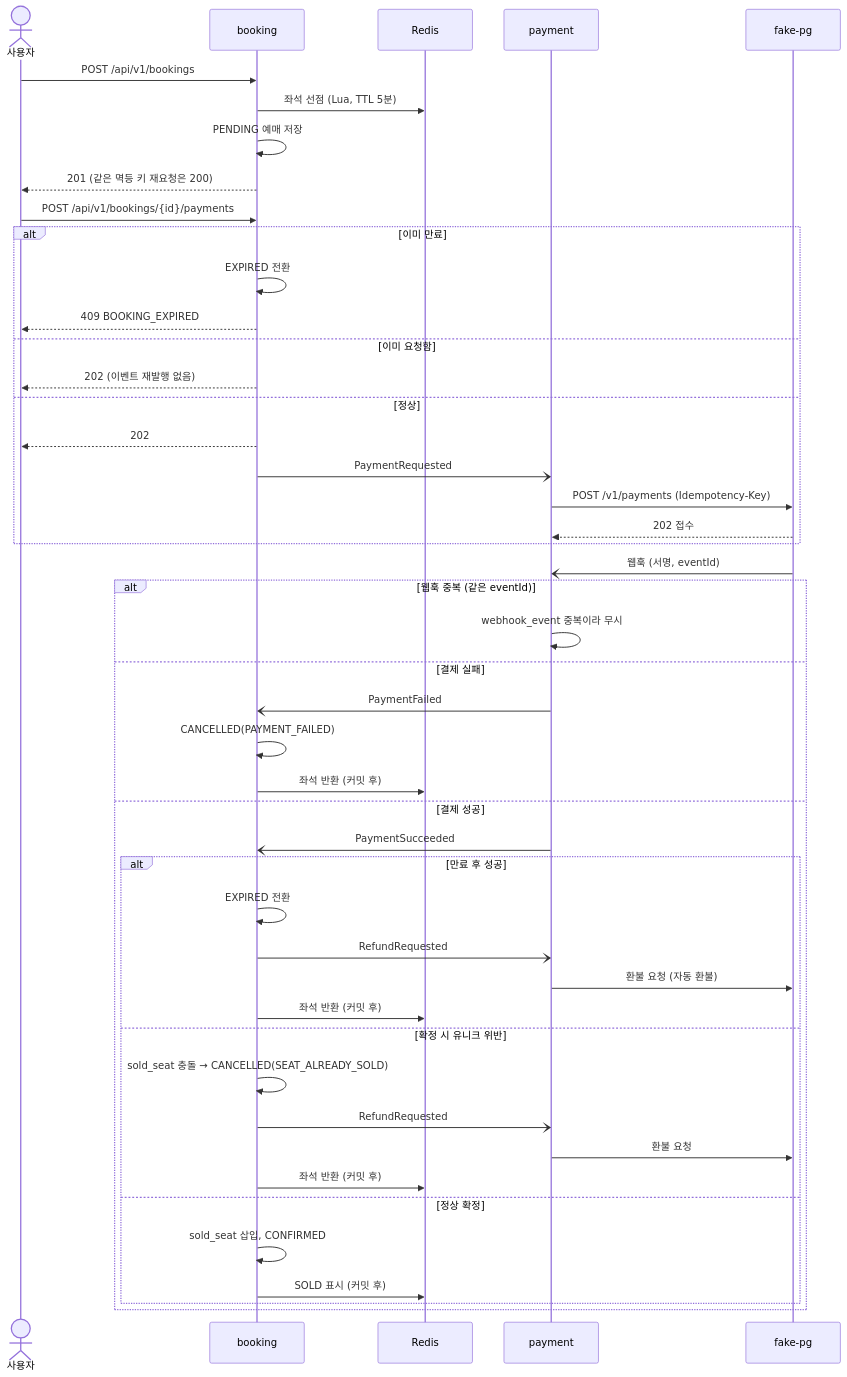
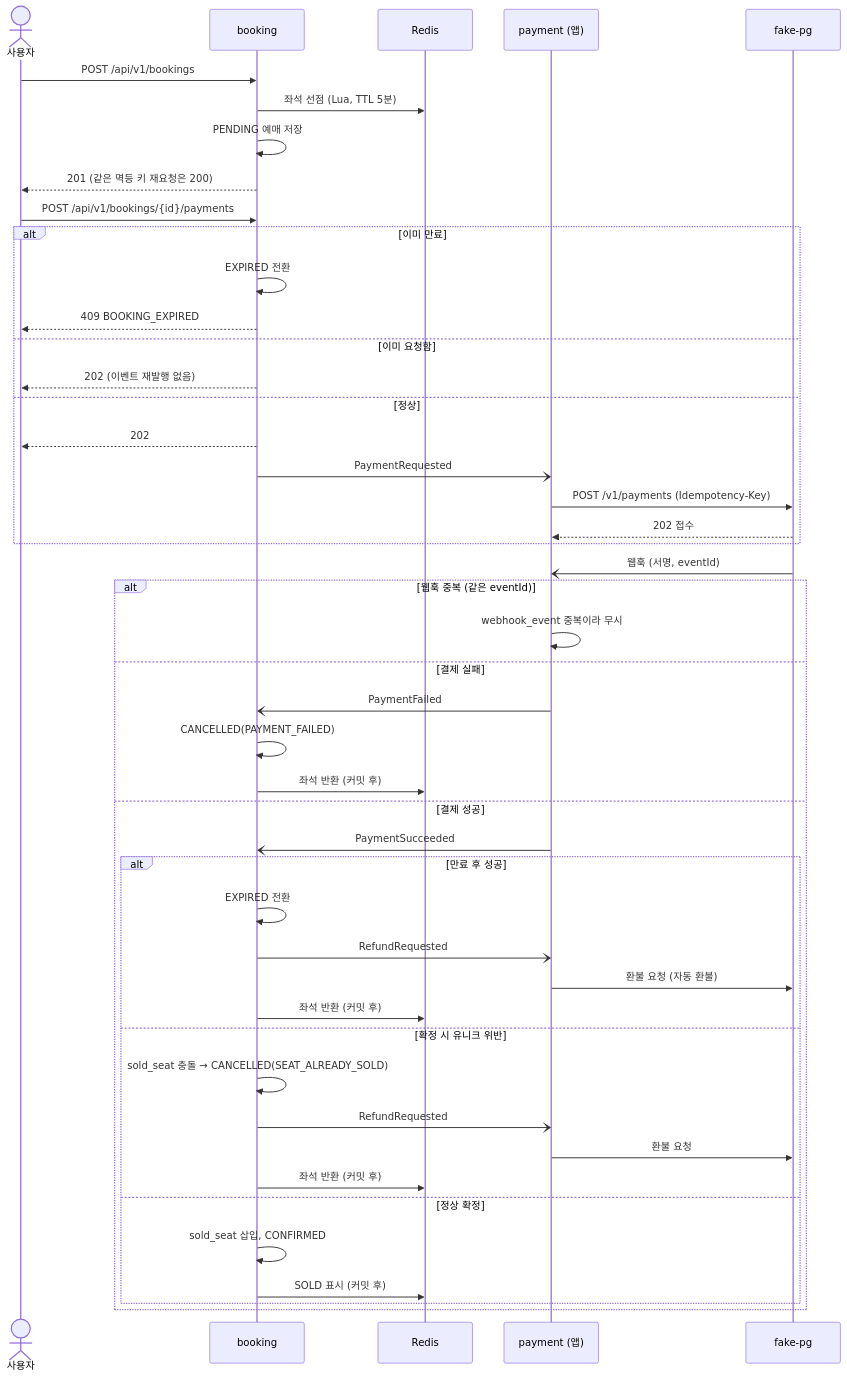
Before and after one commit to jkonury/ticketing: the first of 3 diagrams in docs/architecture/flows.md, drawn with Mermaid. The commit also changed other lines of this file and 18 other files, not shown here.

````diff
--- a/docs/architecture/flows.md
+++ b/docs/architecture/flows.md
@@ -50,51 +50,51 @@
 ```mermaid
 sequenceDiagram
     actor U as 사용자
     participant B as booking
     participant R as Redis
-    participant P as payment
+    participant P as payment (앱)
     participant PG as fake-pg
 
     U->>B: POST /api/v1/bookings
     B->>R: 좌석 선점 (Lua, TTL 5분)
     B->>B: PENDING 예매 저장
     B-->>U: 201 (같은 멱등 키 재요청은 200)
 
     U->>B: POST /api/v1/bookings/{id}/payments
     alt 이미 만료
         B->>B: EXPIRED 전환
         B-->>U: 409 BOOKING_EXPIRED
     else 이미 요청함
         B-->>U: 202 (이벤트 재발행 없음)
     else 정상
         B-->>U: 202
         B-)P: PaymentRequested
         P->>PG: POST /v1/payments (Idempotency-Key)
         PG-->>P: 202 접수
     end
 
     PG-)P: 웹훅 (서명, eventId)
     alt 웹훅 중복 (같은 eventId)
         P->>P: webhook_event 중복이라 무시
     else 결제 실패
         P-)B: PaymentFailed
         B->>B: CANCELLED(PAYMENT_FAILED)
         B->>R: 좌석 반환 (커밋 후)
     else 결제 성공
         P-)B: PaymentSucceeded
         alt 만료 후 성공
             B->>B: EXPIRED 전환
             B-)P: RefundRequested
             P->>PG: 환불 요청 (자동 환불)
             B->>R: 좌석 반환 (커밋 후)
         else 확정 시 유니크 위반
             B->>B: sold_seat 충돌 → CANCELLED(SEAT_ALREADY_SOLD)
             B-)P: RefundRequested
             P->>PG: 환불 요청
             B->>R: 좌석 반환 (커밋 후)
         else 정상 확정
             B->>B: sold_seat 삽입, CONFIRMED
             B->>R: SOLD 표시 (커밋 후)
         end
     end
 ```
````
